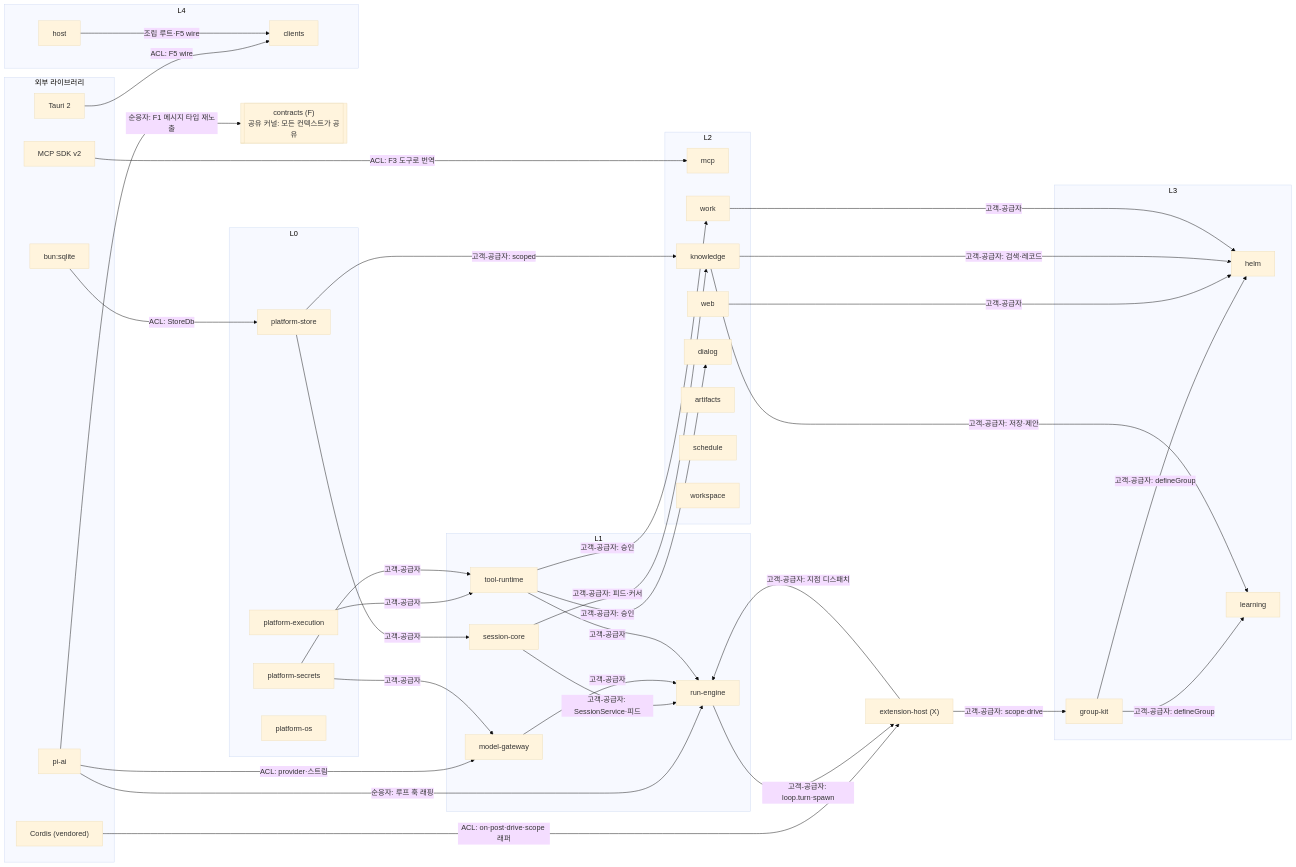
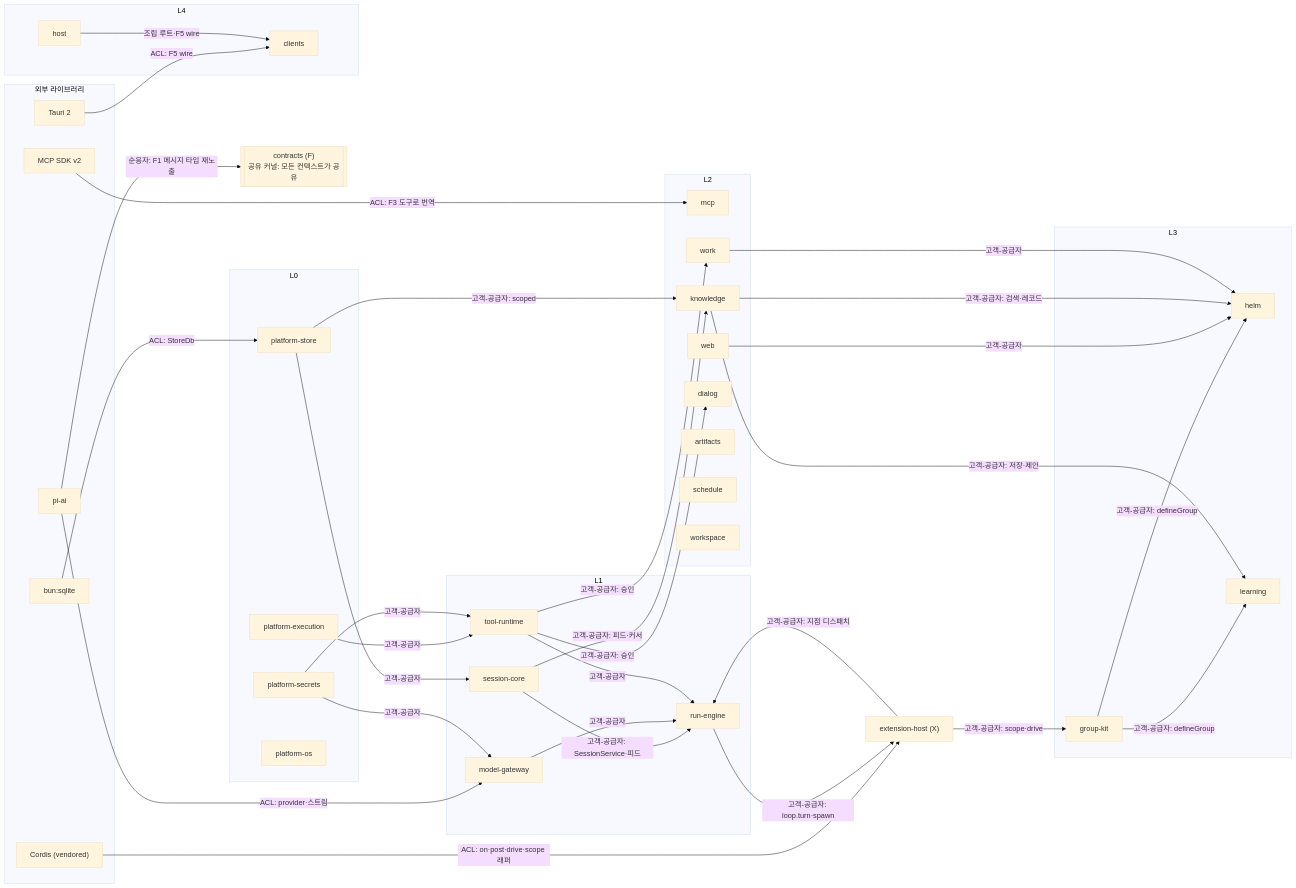
One commit to Rengod95/Helm-Agent_Docs_OS changed the first of 2 diagrams in docs/xeon/engineering/context-map/design.md. Above: the diagram before and after it, drawn with Mermaid (base theme). The commit also changed other lines of this file and 24 other files, not shown here.

````diff
--- a/docs/xeon/engineering/context-map/design.md
+++ b/docs/xeon/engineering/context-map/design.md
@@ -87,73 +87,72 @@
 ```mermaid
 flowchart LR
   subgraph EXTLIB["외부 라이브러리"]
     PIAI["pi-ai"]
     MCPSDK["MCP SDK v2"]
     TAURI["Tauri 2"]
     CORDIS["Cordis (vendored)"]
     SQLITE["bun:sqlite"]
   end
   F[["contracts (F)<br/>공유 커널: 모든 컨텍스트가 공유"]]
   subgraph L0["L0"]
     ST["platform-store"]
     PX["platform-execution"]
     SE["platform-secrets"]
     OS["platform-os"]
   end
   XH["extension-host (X)"]
   subgraph L1["L1"]
     SC["session-core"]
     RE["run-engine"]
     MG["model-gateway"]
     TR["tool-runtime"]
   end
   subgraph L2["L2"]
     MCP["mcp"]
     WEB["web"]
     KN["knowledge"]
     WK["work"]
     DL["dialog"]
     AR["artifacts"]
     SH["schedule"]
     WS["workspace"]
   end
   subgraph L3["L3"]
     GK["group-kit"]
     HE["helm"]
     LE["learning"]
   end
   subgraph L4["L4"]
     CL["clients"]
     HO["host"]
   end
 
   SQLITE -->|"ACL: StoreDb"| ST
   CORDIS -->|"ACL: on·post·drive·scope 래퍼"| XH
   PIAI -->|"순응자: F1 메시지 타입 재노출"| F
   PIAI -->|"ACL: provider·스트림"| MG
-  PIAI -->|"순응자: 루프 훅 래핑"| RE
   MCPSDK -->|"ACL: F3 도구로 번역"| MCP
   TAURI -->|"ACL: F5 wire"| CL
 
   ST -->|"고객-공급자"| SC
   ST -->|"고객-공급자: scoped"| KN
   PX -->|"고객-공급자"| TR
   SE -->|"고객-공급자"| TR
   SE -->|"고객-공급자"| MG
   SC -->|"고객-공급자: SessionService·피드"| RE
   SC -->|"고객-공급자: 피드·커서"| KN
   MG -->|"고객-공급자"| RE
   TR -->|"고객-공급자"| RE
   XH -->|"고객-공급자: 지점 디스패치"| RE
   RE -->|"고객-공급자: loop.turn·spawn"| XH
   TR -->|"고객-공급자: 승인"| DL
   TR -->|"고객-공급자: 승인"| WK
   XH -->|"고객-공급자: scope·drive"| GK
   GK -->|"고객-공급자: defineGroup"| HE
   GK -->|"고객-공급자: defineGroup"| LE
   WEB -->|"고객-공급자"| HE
   KN -->|"고객-공급자: 검색·레코드"| HE
   KN -->|"고객-공급자: 저장·제안"| LE
   WK -->|"고객-공급자"| HE
   HO -->|"조립 루트·F5 wire"| CL
 ```
````
